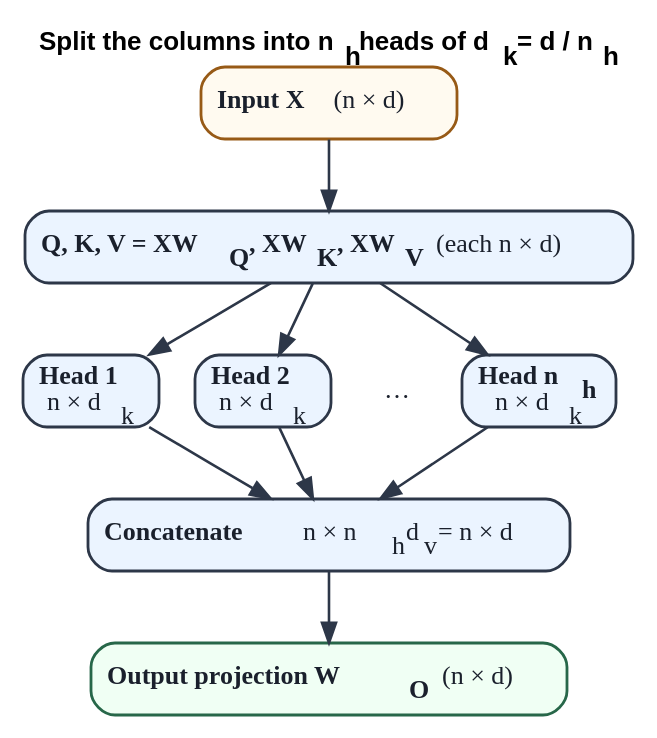
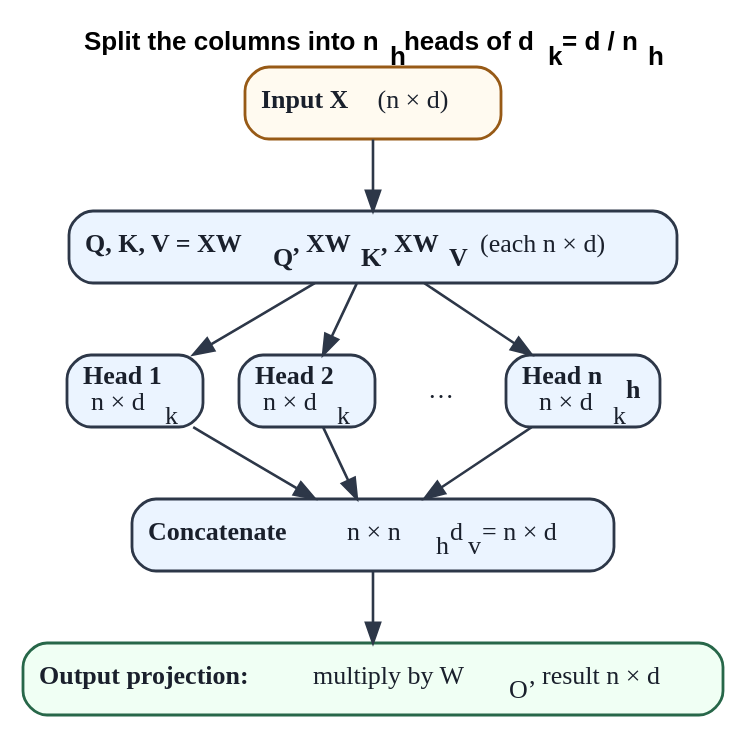
The diagram in chapters/01-foundations/figures/multi_head_attention.dot (Beaker12/llmatlas), drawn with Graphviz before and after one commit. The commit also changed 7 other files, not shown here.

Commit message:
Chapter 1: label the output projection by its result and move the encoder-decoder block titles clear of the arrows

```diff
--- a/chapters/01-foundations/figures/multi_head_attention.dot
+++ b/chapters/01-foundations/figures/multi_head_attention.dot
@@ -1,23 +1,23 @@
 digraph MultiHeadAttention {
     graph [fontname="Arial" fontsize=13 bgcolor=white label=<<b>Split the columns into n<sub>h</sub> heads of d<sub>k</sub> = d / n<sub>h</sub></b>> labelloc=t];
 
     x [label=<<b>Input X</b>  (n × d)> shape=box style="rounded,filled" fillcolor="#fffaf0" color="#975a16" penwidth=1.4 fontsize=13 fontcolor="#1a202c"];
     qkv [label=<<b>Q, K, V = XW<sub>Q</sub>, XW<sub>K</sub>, XW<sub>V</sub></b>   (each n × d)> shape=box style="rounded,filled" fillcolor="#ebf4ff" color="#2d3748" penwidth=1.4 fontsize=13 fontcolor="#1a202c"];
     h1 [label=<<b>Head 1</b><br/>n × d<sub>k</sub>> shape=box style="rounded,filled" fillcolor="#ebf4ff" color="#2d3748" penwidth=1.4 fontsize=13 fontcolor="#1a202c"];
     h2 [label=<<b>Head 2</b><br/>n × d<sub>k</sub>> shape=box style="rounded,filled" fillcolor="#ebf4ff" color="#2d3748" penwidth=1.4 fontsize=13 fontcolor="#1a202c"];
     hd [label=<…> shape=box style="rounded,filled" fillcolor="white" color="#2d3748" penwidth=1.4 fontsize=13 fontcolor="#1a202c" penwidth=0 width=0.4];
     hn [label=<<b>Head n<sub>h</sub></b><br/>n × d<sub>k</sub>> shape=box style="rounded,filled" fillcolor="#ebf4ff" color="#2d3748" penwidth=1.4 fontsize=13 fontcolor="#1a202c"];
     { rank=same; h1; h2; hd; hn; }
     cat [label=<<b>Concatenate</b>   n × n<sub>h</sub>d<sub>v</sub> = n × d> shape=box style="rounded,filled" fillcolor="#ebf4ff" color="#2d3748" penwidth=1.4 fontsize=13 fontcolor="#1a202c"];
-    o [label=<<b>Output projection W<sub>O</sub></b>   (n × d)> shape=box style="rounded,filled" fillcolor="#f0fff4" color="#276749" penwidth=1.4 fontsize=13 fontcolor="#1a202c"];
+    o [label=<<b>Output projection:</b> multiply by W<sub>O</sub>, result n × d> shape=box style="rounded,filled" fillcolor="#f0fff4" color="#276749" penwidth=1.4 fontsize=13 fontcolor="#1a202c"];
     qkv -> h1 [color="#2d3748" penwidth=1.3 fontsize=12 fontcolor="#1a202c"];
     h1 -> cat [color="#2d3748" penwidth=1.3 fontsize=12 fontcolor="#1a202c"];
     qkv -> h2 [color="#2d3748" penwidth=1.3 fontsize=12 fontcolor="#1a202c"];
     h2 -> cat [color="#2d3748" penwidth=1.3 fontsize=12 fontcolor="#1a202c"];
     qkv -> hn [color="#2d3748" penwidth=1.3 fontsize=12 fontcolor="#1a202c"];
     hn -> cat [color="#2d3748" penwidth=1.3 fontsize=12 fontcolor="#1a202c"];
     qkv -> hd [style=invis];
     hd -> cat [style=invis];
     x -> qkv [color="#2d3748" penwidth=1.3 fontsize=12 fontcolor="#1a202c"];
     cat -> o [color="#2d3748" penwidth=1.3 fontsize=12 fontcolor="#1a202c"];
 }
```
